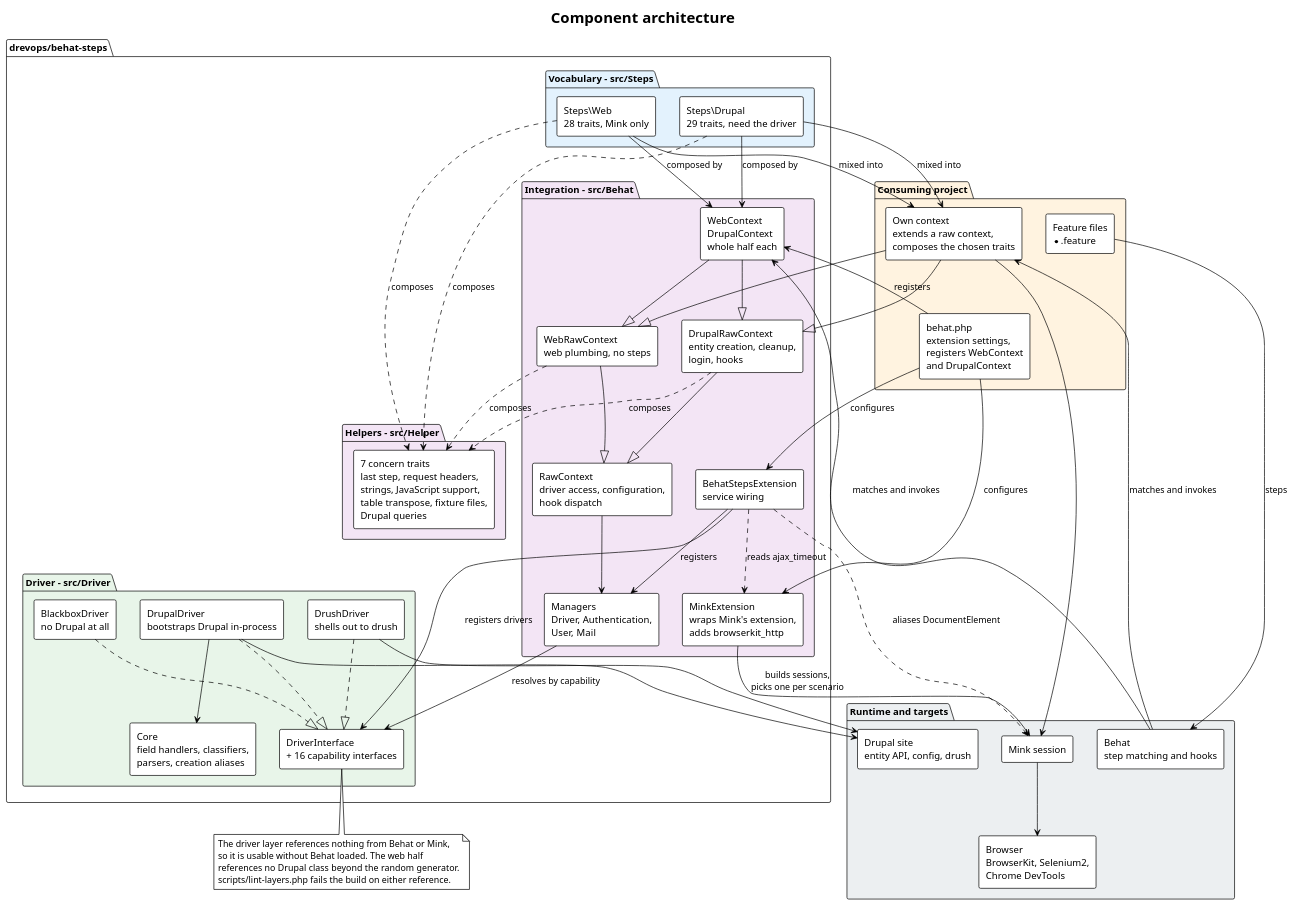
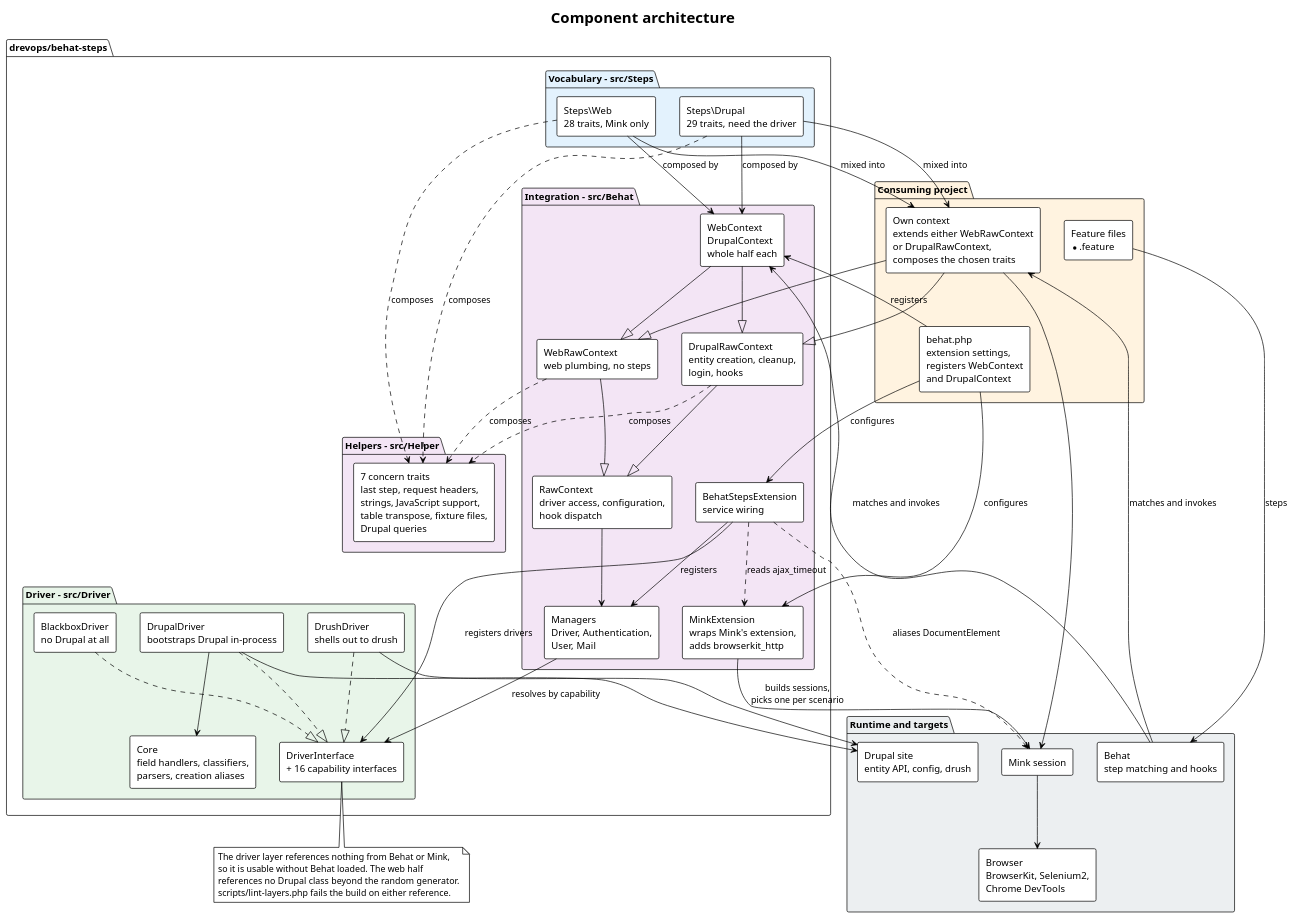
One commit to drevops/behat-steps changed the diagram in docs/architecture/architecture.puml. Above: the diagram before and after it, drawn with PlantUML. The commit also changed 6 other files, not shown here.

Commit message:
Addressed code review: corrected the trait-override rationale, the diagram composition links and the web layer paths.

```diff
--- a/docs/architecture/architecture.puml
+++ b/docs/architecture/architecture.puml
@@ -1,108 +1,108 @@
 @startuml
 ' drevops/behat-steps - layered component architecture.
 ' Traced from composer.json, src/Steps/, src/Helper/, src/Behat/, src/Driver/,
 ' behat.php, scripts/lint-layers.php.
 ' Regenerate every SVG with:  plantuml -tsvg docs/architecture/*.puml
 !theme plain
 skinparam backgroundColor white
 skinparam defaultFontName Helvetica
 skinparam shadowing false
 skinparam componentStyle rectangle
 title Component architecture
 
 package "Consuming project" #FFF3E0 {
   component "Feature files\n*.feature" as Features
   component "behat.php\nextension settings,\nregisters WebContext\nand DrupalContext" as Config
-  component "Own context\nextends a raw context,\ncomposes the chosen traits" as Consumer
+  component "Own context\nextends either WebRawContext\nor DrupalRawContext,\ncomposes the chosen traits" as Consumer
 }
 
 package "drevops/behat-steps" {
 
   package "Vocabulary - src/Steps" #E3F2FD {
     component "Steps\\Web\n28 traits, Mink only" as WebSteps
     component "Steps\\Drupal\n29 traits, need the driver" as DrupalSteps
   }
 
   package "Helpers - src/Helper" #F3E5F5 {
     component "7 concern traits\nlast step, request headers,\nstrings, JavaScript support,\ntable transpose, fixture files,\nDrupal queries" as Helpers
   }
 
   package "Integration - src/Behat" #F3E5F5 {
     component "BehatStepsExtension\nservice wiring" as Ext
     component "RawContext\ndriver access, configuration,\nhook dispatch" as RawCtx
     component "WebRawContext\nweb plumbing, no steps" as WebRawCtx
     component "DrupalRawContext\nentity creation, cleanup,\nlogin, hooks" as DrupalRawCtx
     component "WebContext\nDrupalContext\nwhole half each" as Vocabularies
     component "Managers\nDriver, Authentication,\nUser, Mail" as Managers
     component "MinkExtension\nwraps Mink's extension,\nadds browserkit_http" as MinkExt
   }
 
   package "Driver - src/Driver" #E8F5E9 {
     component "DriverInterface\n+ 16 capability interfaces" as DriverIface
     component "DrupalDriver\nbootstraps Drupal in-process" as DrupalDrv
     component "DrushDriver\nshells out to drush" as DrushDrv
     component "BlackboxDriver\nno Drupal at all" as BlackboxDrv
     component "Core\nfield handlers, classifiers,\nparsers, creation aliases" as Core
   }
 }
 
 package "Runtime and targets" #ECEFF1 {
   component "Behat\nstep matching and hooks" as Behat
   component "Mink session" as Mink
   component "Browser\nBrowserKit, Selenium2,\nChrome DevTools" as Browser
   component "Drupal site\nentity API, config, drush" as Site
 }
 
 Features --> Behat : steps
 Config --> Ext : configures
 Config --> MinkExt : configures
 Config --> Vocabularies : registers
 Behat --> Consumer : matches and invokes
 Behat --> Vocabularies : matches and invokes
 
 WebSteps --> Vocabularies : composed by
 DrupalSteps --> Vocabularies : composed by
 WebSteps --> Consumer : mixed into
 DrupalSteps --> Consumer : mixed into
 WebSteps ..> Helpers : composes
 DrupalSteps ..> Helpers : composes
 WebRawCtx ..> Helpers : composes
 DrupalRawCtx ..> Helpers : composes
 
 Consumer --|> WebRawCtx
 Consumer --|> DrupalRawCtx
 WebRawCtx --|> RawCtx
 DrupalRawCtx --|> RawCtx
 Vocabularies --|> WebRawCtx
 Vocabularies --|> DrupalRawCtx
 Ext --> Managers : registers
 Ext --> DriverIface : registers drivers
 Ext ..> MinkExt : reads ajax_timeout
 Ext ..> Mink : aliases DocumentElement
 RawCtx --> Managers
 
 Managers --> DriverIface : resolves by capability
 DrupalDrv ..|> DriverIface
 DrushDrv ..|> DriverIface
 BlackboxDrv ..|> DriverIface
 DrupalDrv --> Core
 
 MinkExt --> Mink : builds sessions,\npicks one per scenario
 Consumer --> Mink
 Mink --> Browser
 DrupalDrv --> Site
 DrushDrv --> Site
 
 note bottom of DriverIface
   The driver layer references nothing from Behat or Mink,
   so it is usable without Behat loaded. The web half
   references no Drupal class beyond the random generator.
   scripts/lint-layers.php fails the build on either reference.
 end note
 
 Features -[hidden]down- Config
 WebSteps -[hidden]right- DrupalSteps
 WebRawCtx -[hidden]right- DrupalRawCtx
 DrupalDrv -[hidden]right- DrushDrv
 DrushDrv -[hidden]right- BlackboxDrv
 @enduml
```
